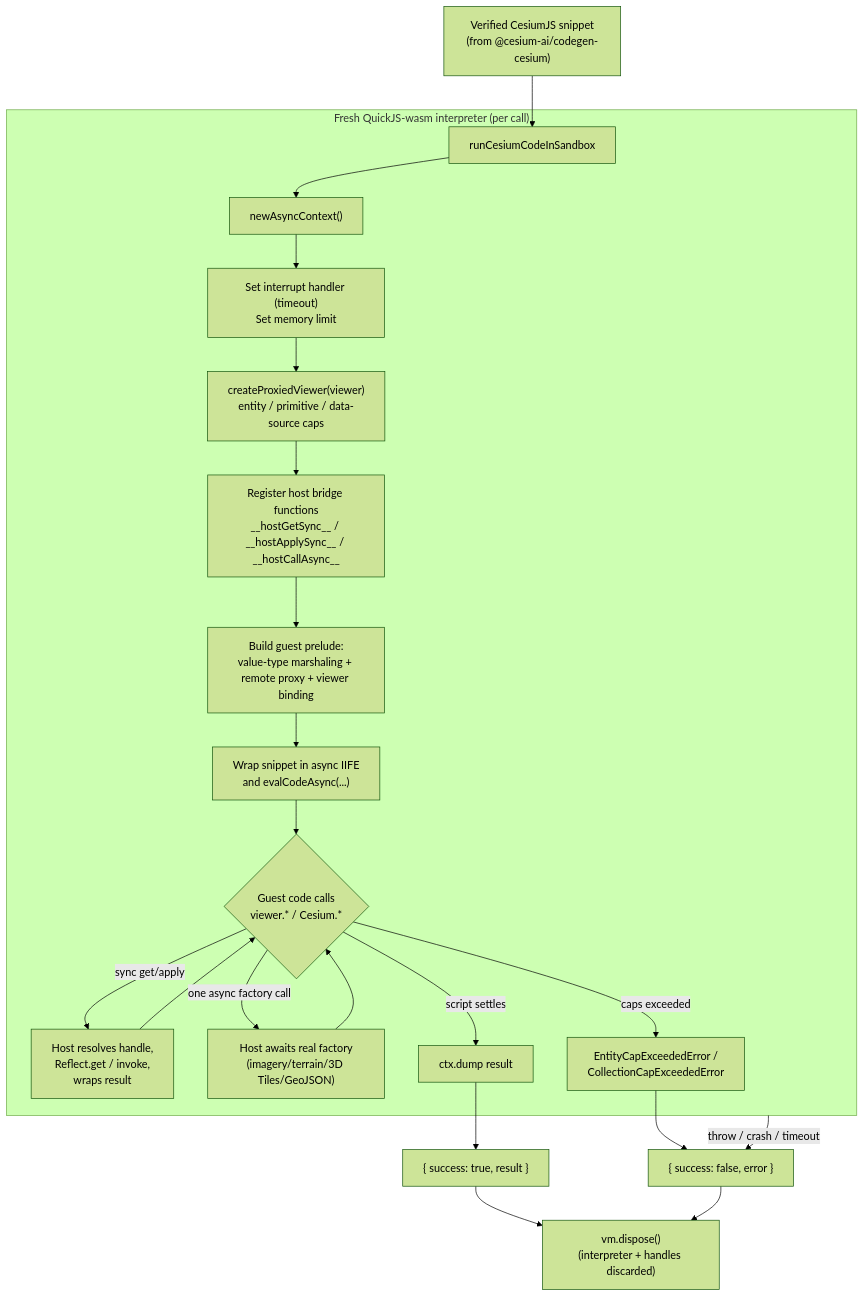
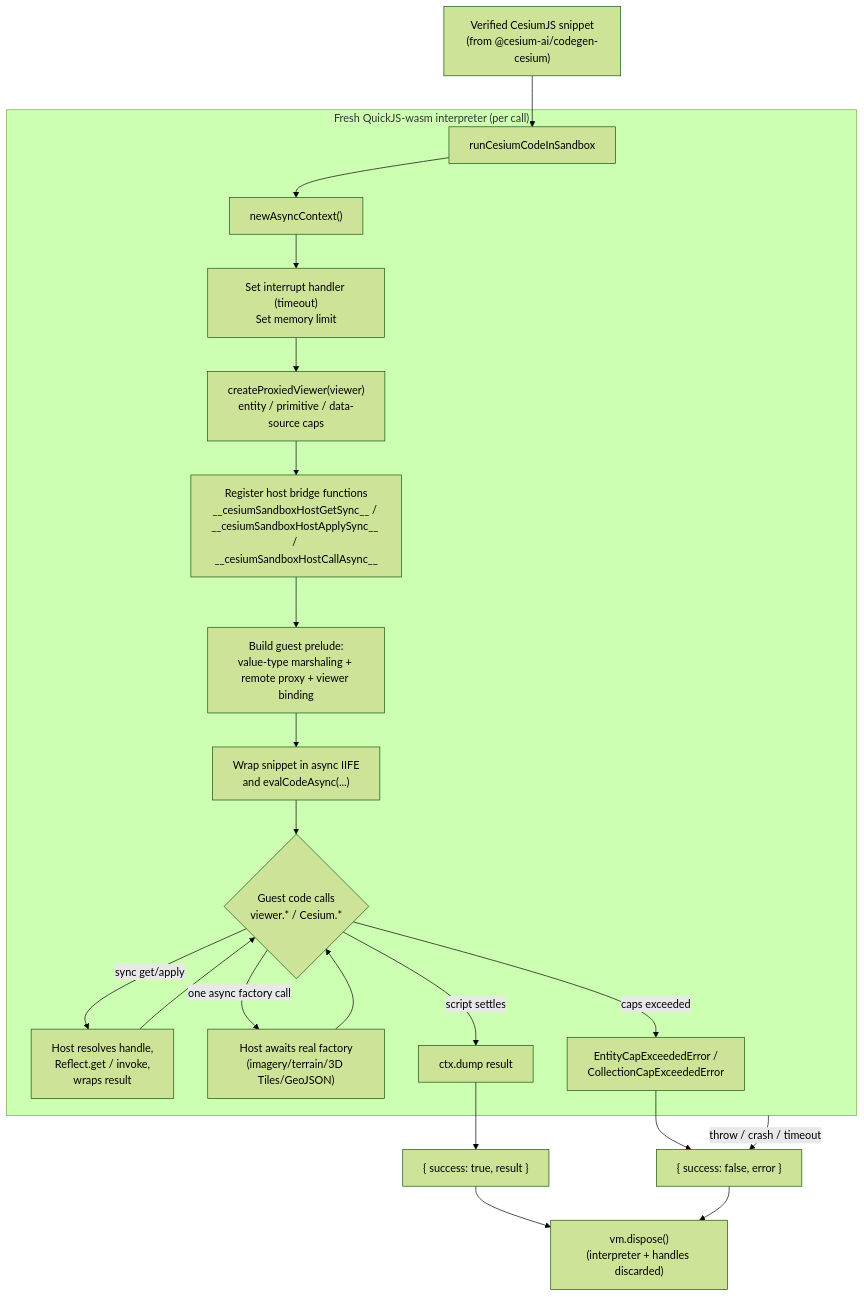
The diagram in packages/codegen-sandbox/README.md (CesiumGS/cesiumjs-ai-starter-app), drawn with Mermaid (forest theme) before and after one commit. The commit also changed other lines of this file and 29 other files, not shown here.

````diff
--- a/packages/codegen-sandbox/README.md
+++ b/packages/codegen-sandbox/README.md
@@ -48,26 +48,26 @@
 ```mermaid
 flowchart TD
     A["Verified CesiumJS snippet\n(from @cesium-ai/codegen-cesium)"] --> C["runCesiumCodeInSandbox"]
 
     subgraph Sandbox["Fresh QuickJS-wasm interpreter (per call)"]
         C --> D["newAsyncContext()"]
         D --> E["Set interrupt handler (timeout)\nSet memory limit"]
         E --> F["createProxiedViewer(viewer)\nentity / primitive / data-source caps"]
-        F --> G["Register host bridge functions\n__hostGetSync__ / __hostApplySync__ / __hostCallAsync__"]
+        F --> G["Register host bridge functions\n__cesiumSandboxHostGetSync__ / __cesiumSandboxHostApplySync__ / __cesiumSandboxHostCallAsync__"]
         G --> H["Build guest prelude:\nvalue-type marshaling + remote proxy + viewer binding"]
         H --> I["Wrap snippet in async IIFE\nand evalCodeAsync(...)"]
         I --> J{"Guest code calls\nviewer.* / Cesium.*"}
         J -->|sync get/apply| K["Host resolves handle,\nReflect.get / invoke,\nwraps result"]
         J -->|one async factory call| L["Host awaits real factory\n(imagery/terrain/3D Tiles/GeoJSON)"]
         K --> J
         L --> J
         J -->|caps exceeded| M["EntityCapExceededError /\nCollectionCapExceededError"]
         J -->|script settles| N["ctx.dump result"]
     end
 
     N --> O["{ success: true, result }"]
     M --> P["{ success: false, error }"]
     Sandbox -->|throw / crash / timeout| P
     O --> Q["vm.dispose()\n(interpreter + handles discarded)"]
     P --> Q
 ```
````
